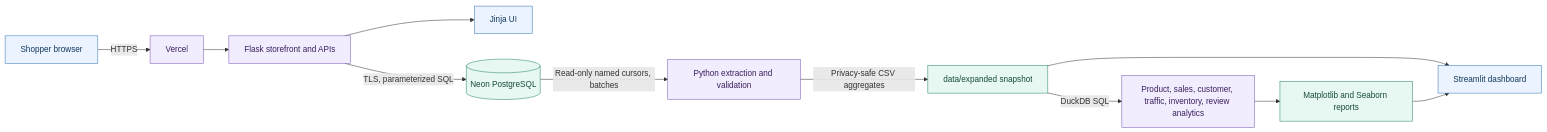
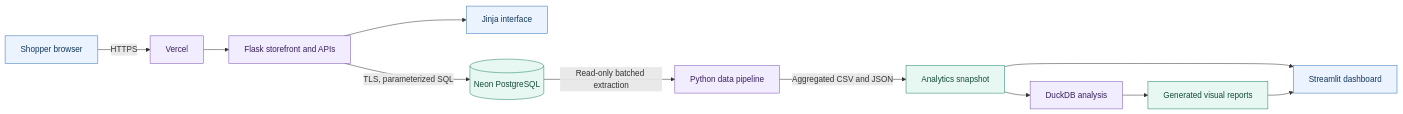
The first of 2 diagrams in README.md (poruri-santhosh/Aislewise), drawn with Mermaid before and after one commit. The commit also changed other lines of this file and 46 other files, not shown here.

Commit message:
Present Aislewise as a cohesive retail analytics product

````diff
--- a/README.md
+++ b/README.md
@@ -64,21 +54,21 @@
 ```mermaid
 flowchart LR
-    shopper["Shopper browser"] -->|HTTPS| vercel["Vercel"]
-    vercel --> flask["Flask storefront and APIs"]
-    flask --> templates["Jinja UI"]
-    flask -->|TLS, parameterized SQL| neon[("Neon PostgreSQL")]
+    shopper["Shopper browser"] -->|HTTPS| hosting["Vercel"]
+    hosting --> storefront["Flask storefront and APIs"]
+    storefront --> templates["Jinja interface"]
+    storefront -->|TLS, parameterized SQL| postgres[("Neon PostgreSQL")]
 
-    neon -->|Read-only named cursors, batches| extract["Python extraction and validation"]
-    extract -->|Privacy-safe CSV aggregates| bundle["data/expanded snapshot"]
-    bundle -->|DuckDB SQL| analytics["Product, sales, customer, traffic, inventory, review analytics"]
-    analytics --> charts["Matplotlib and Seaborn reports"]
-    bundle --> dashboard["Streamlit dashboard"]
+    postgres -->|Read-only batched extraction| pipeline["Python data pipeline"]
+    pipeline -->|Aggregated CSV and JSON| snapshot["Analytics snapshot"]
+    snapshot --> duckdb["DuckDB analysis"]
+    snapshot --> dashboard["Streamlit dashboard"]
+    duckdb --> charts["Generated visual reports"]
     charts --> dashboard
 
     classDef service fill:#f2ecff,stroke:#7953b5,color:#38215b
     classDef data fill:#e7f7f1,stroke:#23836a,color:#164b3c
     classDef ui fill:#eaf3ff,stroke:#3674b5,color:#14385a
     class shopper,templates,dashboard ui
-    class vercel,flask,extract,analytics service
-    class neon,bundle,charts data
+    class hosting,storefront,pipeline,duckdb service
+    class postgres,snapshot,charts data
 ```
````
